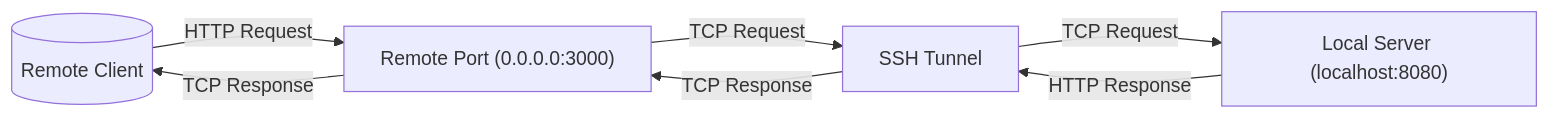
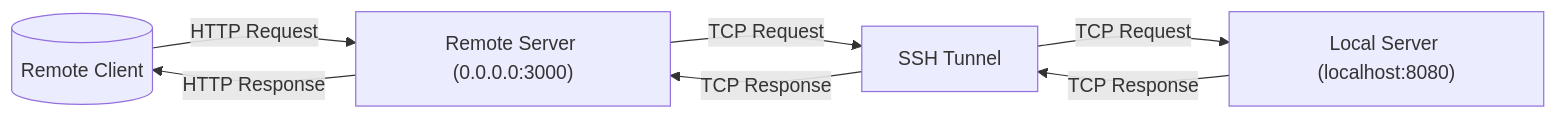
The diagram in README.MD (gerins/go-reverse-tunnel), drawn with Mermaid before and after one commit.

````diff
--- a/README.MD
+++ b/README.MD
@@ -9,15 +9,15 @@
 ```mermaid
 flowchart LR
     Client[(Remote Client)]
-    RemotePort["Remote Port (0.0.0.0:3000)"]
+    RemotePort["Remote Server (0.0.0.0:3000)"]
     SSH["SSH Tunnel"]
     LocalPort["Local Server (localhost:8080)"]
 
     Client -->|HTTP Request| RemotePort
     RemotePort -->|TCP Request| SSH
     SSH -->|TCP Request| LocalPort
 
-    LocalPort -->|HTTP Response| SSH
+    LocalPort -->|TCP Response| SSH
     SSH -->|TCP Response| RemotePort
-    RemotePort -->|TCP Response| Client
+    RemotePort -->|HTTP Response| Client
 ```
````
